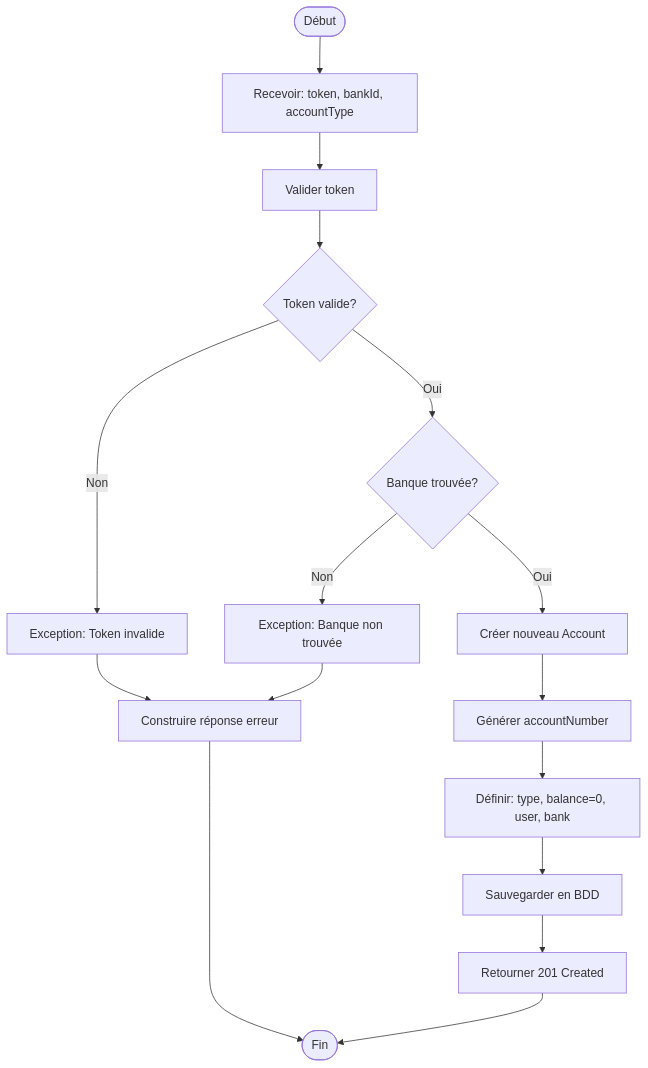
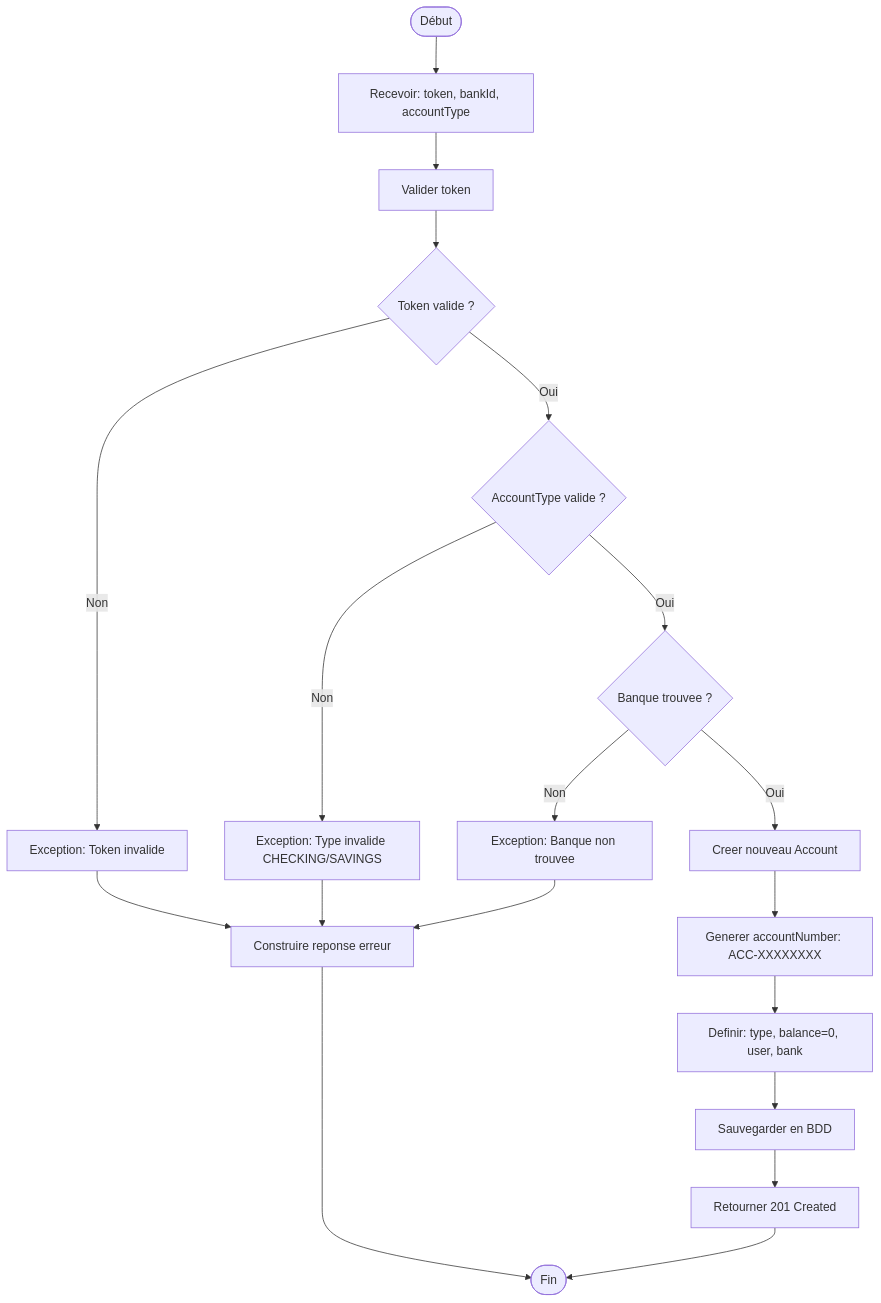
Before and after one commit to oberlinkeyanfe-ops/TP352: the diagram in CFG/createAccount.md, drawn with Mermaid. The commit also changed 64 other files, not shown here.

````diff
--- a/CFG/createAccount.md
+++ b/CFG/createAccount.md
@@ -1,18 +1,21 @@
 ```mermaid
 flowchart TD
     Start(["Début"]) --> Input["Recevoir: token, bankId, accountType"]
     Input --> ValidateToken["Valider token"]
-    ValidateToken --> ValidToken{"Token valide?"}
-    ValidToken -->|"Non"| ErrorToken["Exception: Token invalide"]
-    ValidToken -->|"Oui"| FindBank{"Banque trouvée?"}
-    FindBank -->|"Non"| ErrorBank["Exception: Banque non trouvée"]
-    FindBank -->|"Oui"| CreateAcc["Créer nouveau Account"]
-    CreateAcc --> GenNum["Générer accountNumber"]
-    GenNum --> SetFields["Définir: type, balance=0, user, bank"]
+    ValidateToken --> ValidToken{"Token valide ?"}
+    ValidToken -->|Non| ErrorToken["Exception: Token invalide"]
+    ValidToken -->|Oui| ValidateType{"AccountType valide ?"}
+    ValidateType -->|Non| ErrorType["Exception: Type invalide CHECKING/SAVINGS"]
+    ValidateType -->|Oui| FindBank{"Banque trouvee ?"}
+    FindBank -->|Non| ErrorBank["Exception: Banque non trouvee"]
+    FindBank -->|Oui| CreateAcc["Creer nouveau Account"]
+    CreateAcc --> GenNum["Generer accountNumber: ACC-XXXXXXXX"]
+    GenNum --> SetFields["Definir: type, balance=0, user, bank"]
     SetFields --> SaveAcc["Sauvegarder en BDD"]
     SaveAcc --> ReturnAcc["Retourner 201 Created"]
-    ErrorToken --> BuildError["Construire réponse erreur"]
+    ErrorToken --> BuildError["Construire reponse erreur"]
+    ErrorType --> BuildError
     ErrorBank --> BuildError
     ReturnAcc --> Return(["Fin"])
     BuildError --> Return
 ```
````
